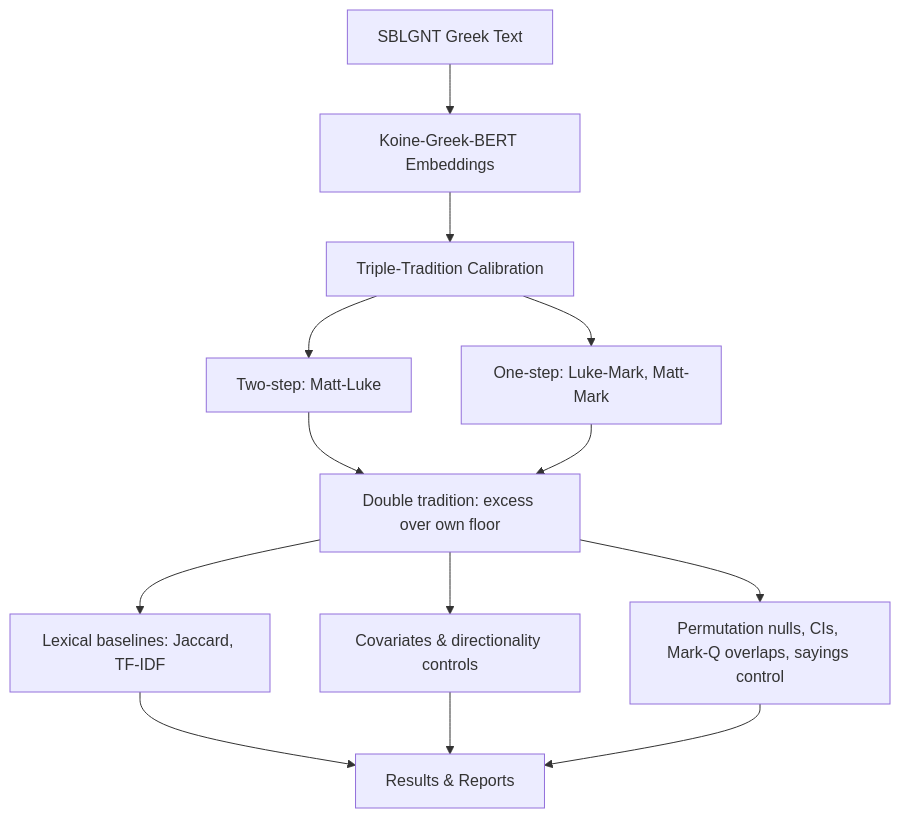
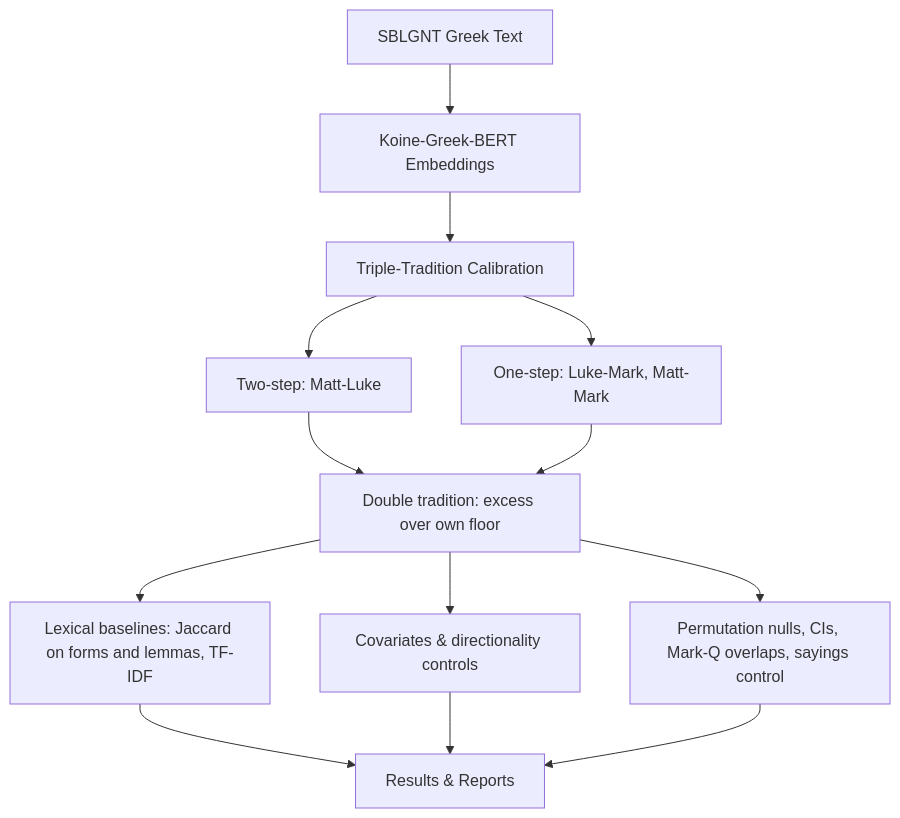
One commit to Agnieszkachr/stcm changed the diagram in site/index.md. Above: the diagram before and after it, drawn with Mermaid. The commit also changed 26 other files, not shown here.

````diff
--- a/site/index.md
+++ b/site/index.md
@@ -11,15 +11,15 @@
 ```mermaid
 graph TD
     A[SBLGNT Greek Text] --> B[Koine-Greek-BERT Embeddings]
     B --> C[Triple-Tradition Calibration]
     C --> D[Two-step: Matt-Luke]
     C --> E[One-step: Luke-Mark, Matt-Mark]
     D --> F[Double tradition: excess over own floor]
     E --> F
     F --> H[Permutation nulls, CIs, Mark-Q overlaps, sayings control]
-    F --> J[Lexical baselines: Jaccard, TF-IDF]
+    F --> J[Lexical baselines: Jaccard on forms and lemmas, TF-IDF]
     F --> G[Covariates & directionality controls]
     J --> I
     G --> I[Results & Reports]
     H --> I
 ```
````
